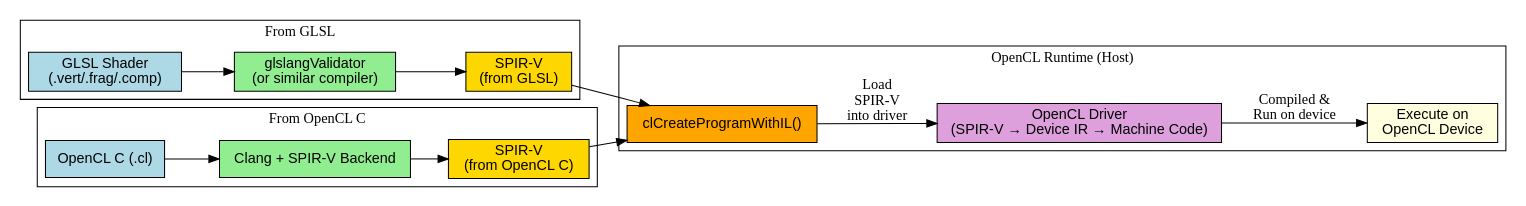
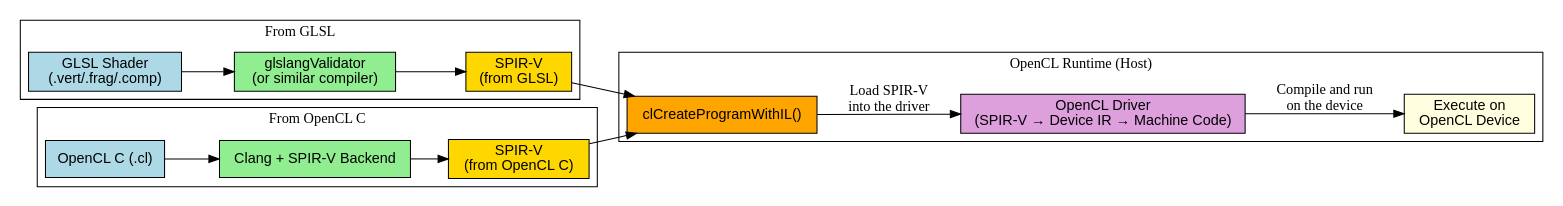
The diagram in Fig/sw/spirv-deploy.gv (Jonathan2251/gpu), drawn with Graphviz before and after one commit. The commit also changed 31 other files, not shown here.

```diff
--- a/Fig/sw/spirv-deploy.gv
+++ b/Fig/sw/spirv-deploy.gv
@@ -1,34 +1,34 @@
 digraph SPIRV_Deployment {
     rankdir=LR;
     node [shape=box, style=filled, fillcolor=lightgray, fontname="Helvetica"];
 
     subgraph cluster_glsl {
         label = "From GLSL";
         glsl_src [label="GLSL Shader\n (.vert/.frag/.comp)", fillcolor=lightblue];
         glsl_compiler [label="glslangValidator\n(or similar compiler)", fillcolor=lightgreen];
         spirv_glsl [label="SPIR-V\n (from GLSL)", fillcolor=gold];
         glsl_src -> glsl_compiler -> spirv_glsl;
     }
 
     subgraph cluster_opencl {
         label = "From OpenCL C";
         opencl_src [label="OpenCL C (.cl)", fillcolor=lightblue];
         clang_spirv [label="Clang + SPIR-V Backend", fillcolor=lightgreen];
         spirv_opencl [label="SPIR-V\n (from OpenCL C)", fillcolor=gold];
         opencl_src -> clang_spirv -> spirv_opencl;
     }
 
     subgraph cluster_opencl_runtime {
         label = "OpenCL Runtime (Host)";
         spirv_loader [label="clCreateProgramWithIL()", fillcolor=orange];
         spirv_glsl -> spirv_loader;
         spirv_opencl -> spirv_loader;
-        spirv_loader -> device_driver [label="Load\n SPIR-V\n into driver"];
+        spirv_loader -> device_driver [label="Load SPIR-V\ninto the driver"];
         device_driver [label="OpenCL Driver\n(SPIR-V → Device IR → Machine Code)", fillcolor=plum];
-        device_driver -> execution [label="Compiled &\n Run on device"];
+        device_driver -> execution [label="Compile and run\non the device"];
         execution [label="Execute on\n OpenCL Device", fillcolor=lightyellow];
     }
 
     // Styling
     edge [fontname="Helvetica"];
 }
```
